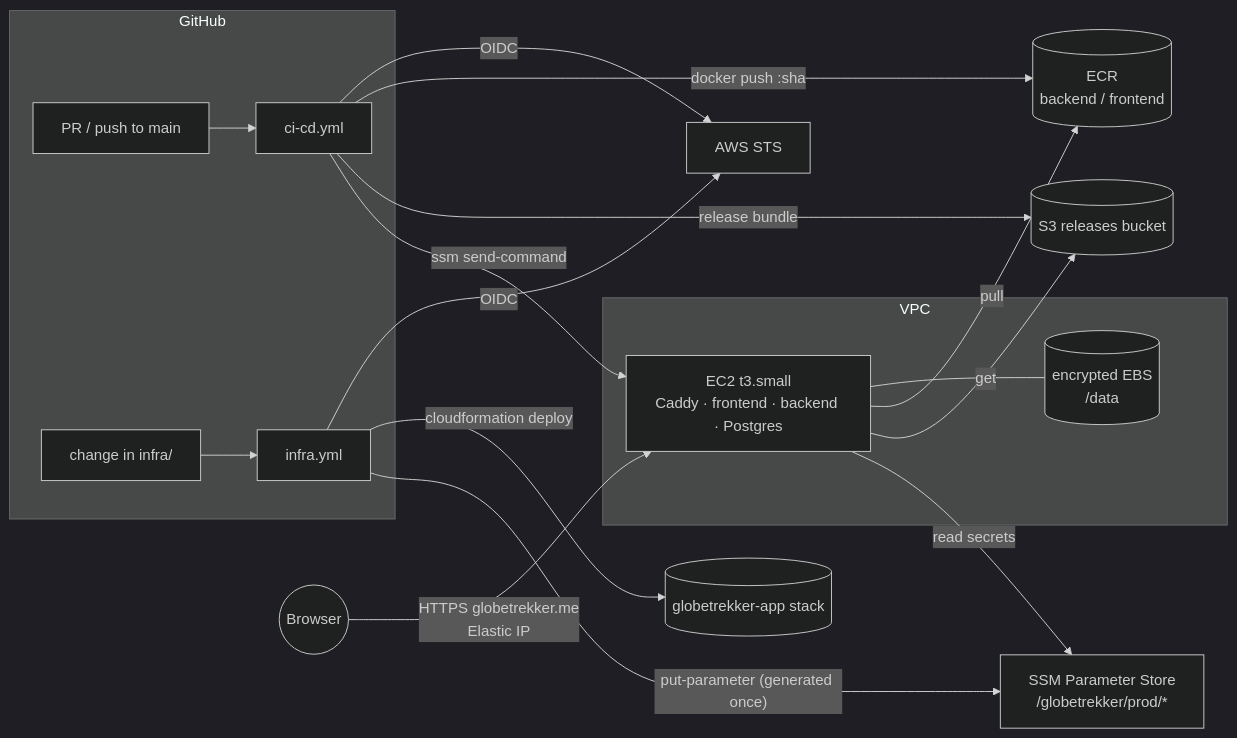
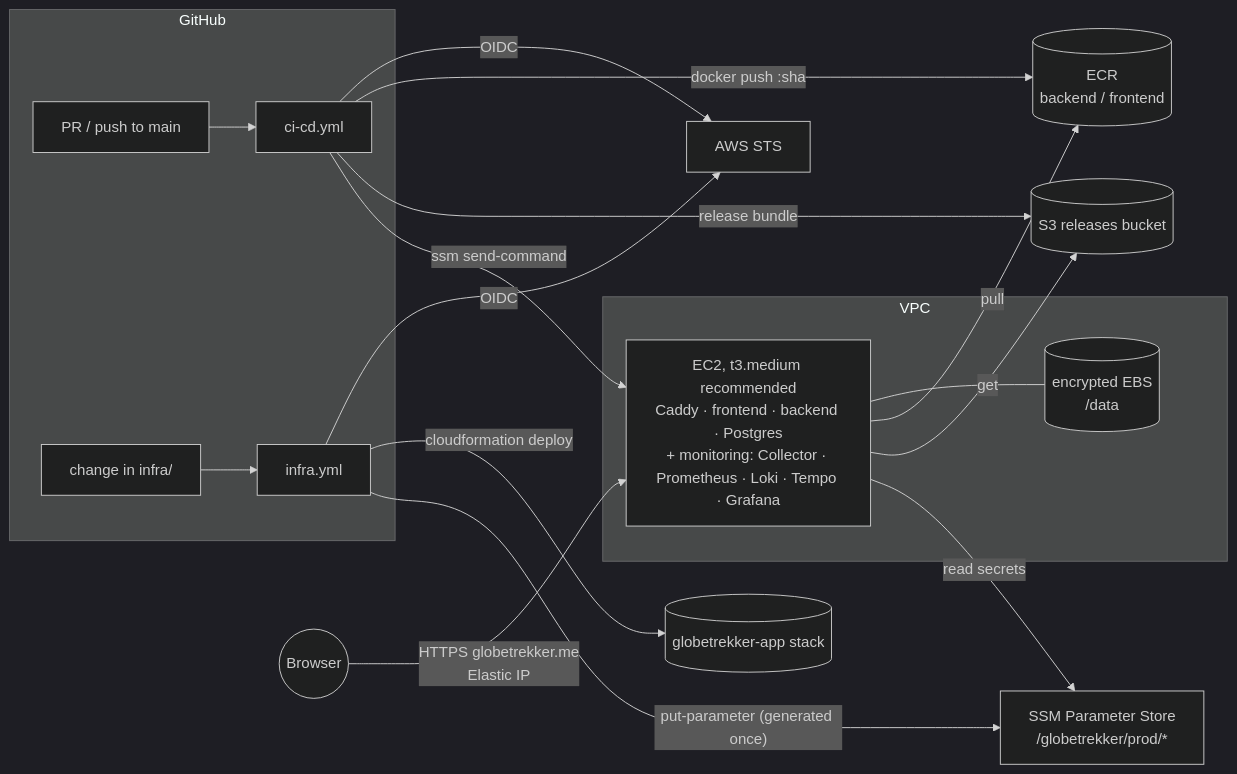
Before and after one commit to sushantmagoo/globetrekker: the diagram in _docs/deployment.md, drawn with Mermaid (dark theme). The commit also changed other lines of this file and 45 other files, not shown here.

````diff
--- a/_docs/deployment.md
+++ b/_docs/deployment.md
@@ -25,23 +25,23 @@
 ```mermaid
 flowchart LR
     subgraph GitHub
         PR[PR / push to main] --> CI[ci-cd.yml]
         INFRA_PR[change in infra/] --> IW[infra.yml]
     end
     CI -- OIDC --> STS[AWS STS]
     IW -- OIDC --> STS
     IW -- "cloudformation deploy" --> CFN[(globetrekker-app stack)]
     IW -- "put-parameter (generated once)" --> PS[SSM Parameter Store<br/>/globetrekker/prod/*]
     CI -- "docker push :sha" --> ECR[(ECR<br/>backend / frontend)]
     CI -- "release bundle" --> S3[(S3 releases bucket)]
     CI -- "ssm send-command" --> EC2
     subgraph VPC
-        EC2[EC2 t3.small<br/>Caddy · frontend · backend · Postgres]
+        EC2[EC2, t3.medium recommended<br/>Caddy · frontend · backend · Postgres<br/>+ monitoring: Collector · Prometheus · Loki · Tempo · Grafana]
         EBS[(encrypted EBS<br/>/data)]
         EC2 --- EBS
     end
     EC2 -- pull --> ECR
     EC2 -- get --> S3
     EC2 -- read secrets --> PS
     User((Browser)) -- "HTTPS globetrekker.me<br/>Elastic IP" --> EC2
 ```
````
